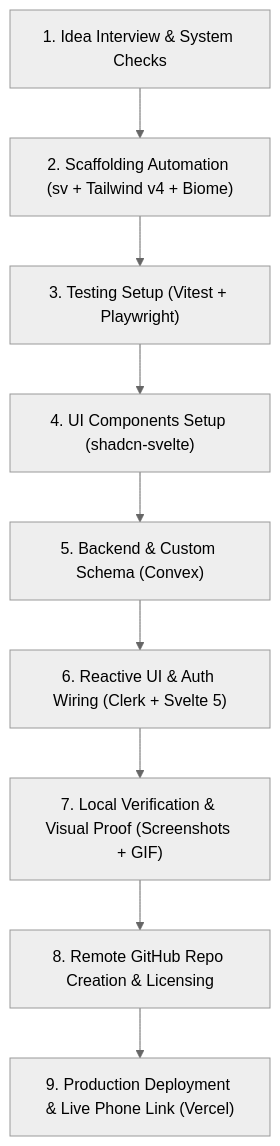
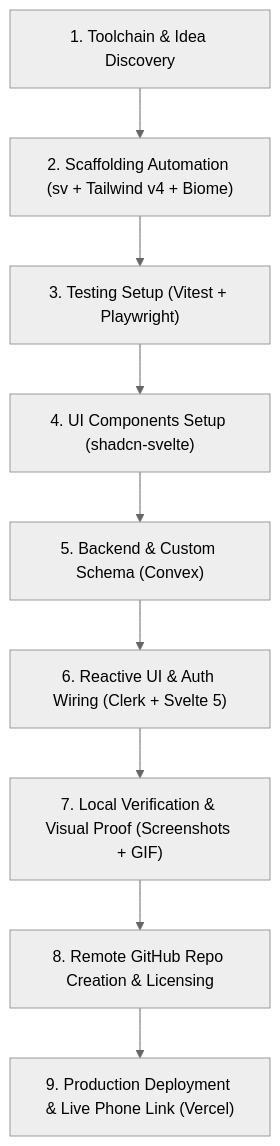
One commit to brychanrobot/overskill changed the diagram in skills/sveltekit-convex-clerk/SKILL.md. Above: the diagram before and after it, drawn with Mermaid (neutral theme). The commit also changed other lines of this file and 4 other files, not shown here.

````diff
--- a/skills/sveltekit-convex-clerk/SKILL.md
+++ b/skills/sveltekit-convex-clerk/SKILL.md
@@ -59,11 +66,11 @@
 ```mermaid
 flowchart TD
-    S1["1. Idea Interview & System Checks"] --> S2["2. Scaffolding Automation (sv + Tailwind v4 + Biome)"]
+    S1["1. Toolchain & Idea Discovery"] --> S2["2. Scaffolding Automation (sv + Tailwind v4 + Biome)"]
     S2 --> S3["3. Testing Setup (Vitest + Playwright)"]
     S3 --> S4["4. UI Components Setup (shadcn-svelte)"]
     S4 --> S5["5. Backend & Custom Schema (Convex)"]
     S5 --> S6["6. Reactive UI & Auth Wiring (Clerk + Svelte 5)"]
     S6 --> S7["7. Local Verification & Visual Proof (Screenshots + GIF)"]
     S7 --> S8["8. Remote GitHub Repo Creation & Licensing"]
     S8 --> S9["9. Production Deployment & Live Phone Link (Vercel)"]
 ```
````
